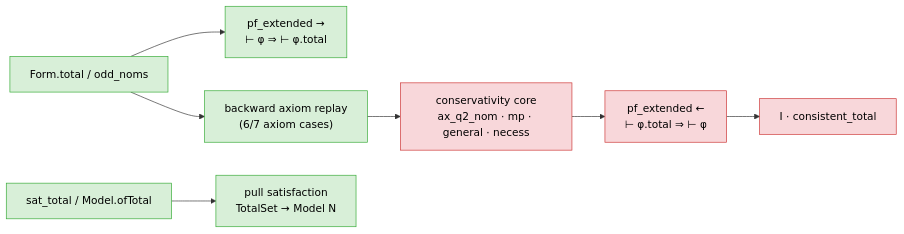
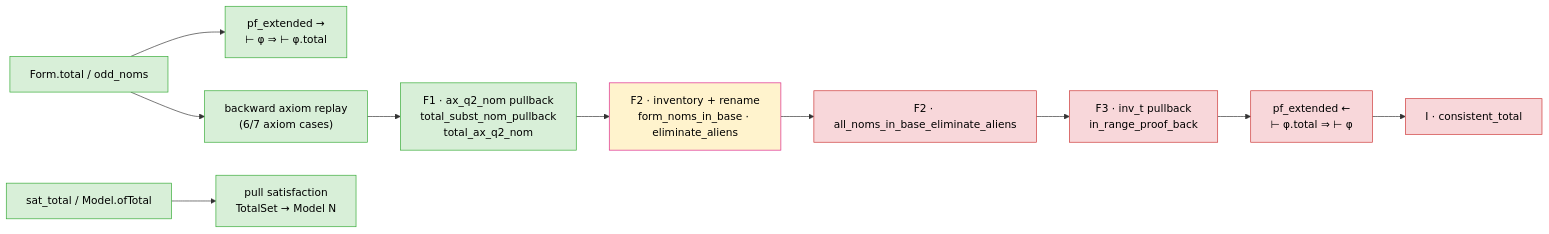
One commit to catskillsresearch/hybrid_logic_lean_revisited changed the second of 5 diagrams in arxiv.md. Above: the diagram before and after it, drawn with Mermaid. The commit also changed other lines of this file and 2 other files, not shown here.

````diff
--- a/arxiv.md
+++ b/arxiv.md
@@ -250,12 +254,16 @@
 ```mermaid
 flowchart LR
   classDef pass fill:#d8efd8,stroke:#3a3,color:#000
+  classDef partial fill:#fff3cd,stroke:#d28,color:#000
   classDef open fill:#f8d7da,stroke:#c33,color:#000
 
   tot["Form.total / odd_noms"]:::pass --> fwd["pf_extended →<br/>⊢ φ ⇒ ⊢ φ.total"]:::pass
   tot --> bax["backward axiom replay<br/>(6/7 axiom cases)"]:::pass
-  bax --> core["conservativity core<br/>ax_q2_nom · mp · general · necess"]:::open
-  core --> back["pf_extended ←<br/>⊢ φ.total ⇒ ⊢ φ"]:::open
+  bax --> f1["F1 · ax_q2_nom pullback<br/>total_subst_nom_pullback<br/>total_ax_q2_nom"]:::pass
+  f1 --> f2a["F2 · inventory + rename<br/>form_noms_in_base · eliminate_aliens"]:::partial
+  f2a --> f2b["F2 · all_noms_in_base_eliminate_aliens"]:::open
+  f2b --> f3["F3 · inv_t pullback<br/>in_range_proof_back"]:::open
+  f3 --> back["pf_extended ←<br/>⊢ φ.total ⇒ ⊢ φ"]:::open
   back --> ct["I · consistent_total"]:::open
   sat["sat_total / Model.ofTotal"]:::pass --> pull["pull satisfaction<br/>TotalSet → Model N"]:::pass
 ```
````
